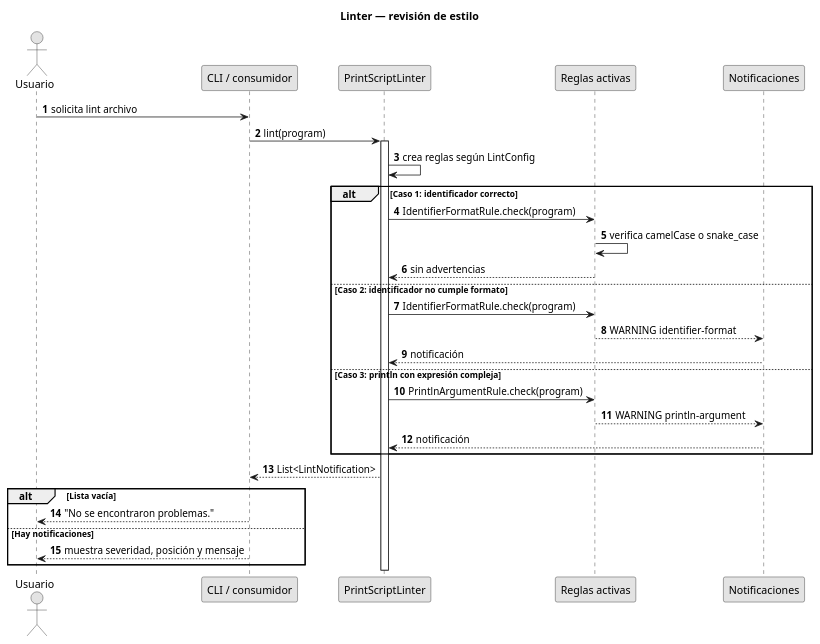
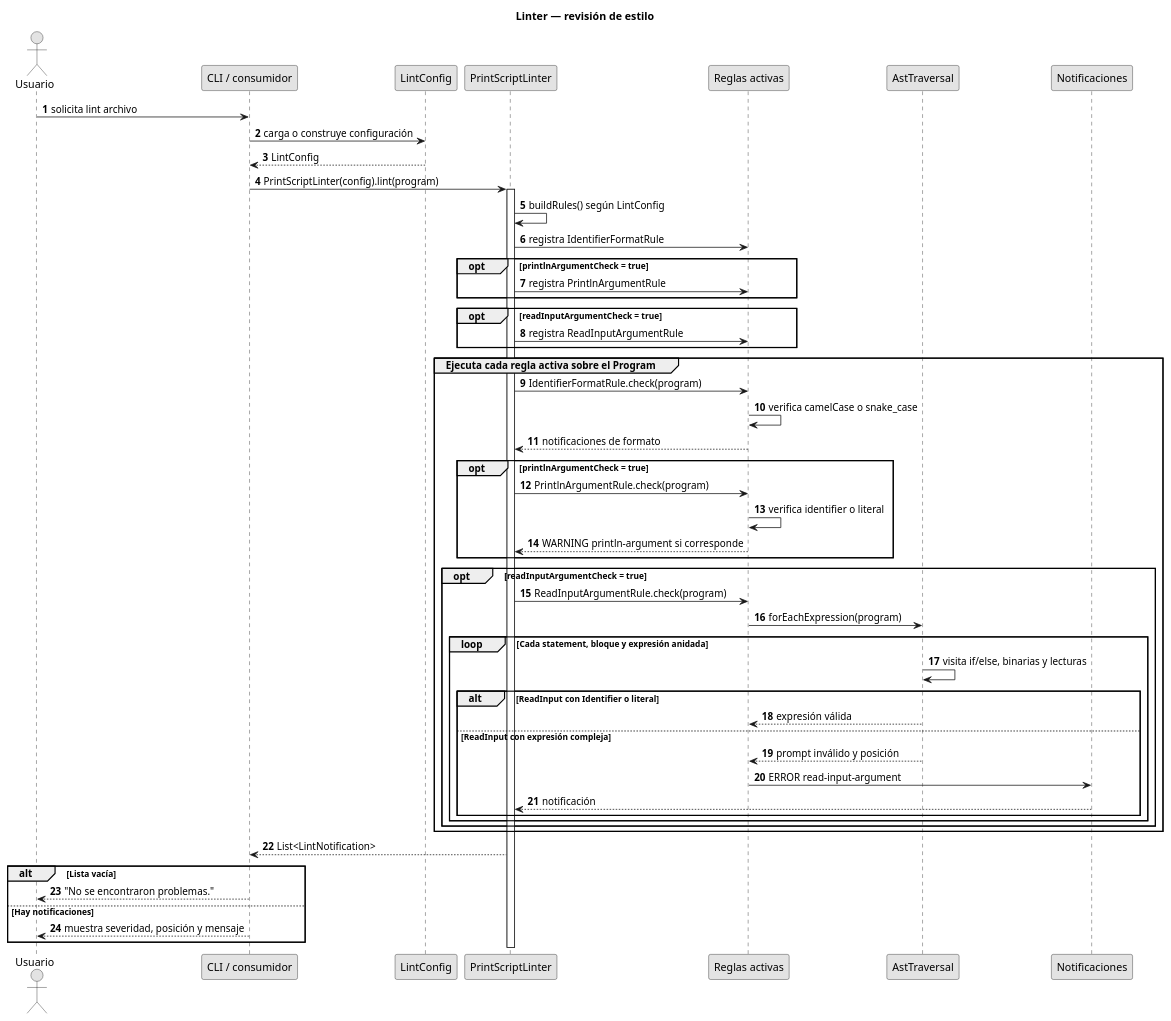
Before and after one commit to printScript-ingsis-vlt/print-script-ingsis: the diagram in docs/diagrams/linter-sequence.puml, drawn with PlantUML.

Commit message:
docs: Diagrama de secuencia actualizado

```diff
--- a/docs/diagrams/linter-sequence.puml
+++ b/docs/diagrams/linter-sequence.puml
@@ -1,42 +1,66 @@
 @startuml
 title Linter — revisión de estilo
 
 skinparam monochrome true
 skinparam shadowing false
 autonumber
 
 actor Usuario
 participant "CLI / consumidor" as Consumer
+participant "LintConfig" as Config
 participant "PrintScriptLinter" as Linter
 participant "Reglas activas" as Rules
+participant "AstTraversal" as Traversal
 participant "Notificaciones" as Output
 
 Usuario -> Consumer : solicita lint archivo
-Consumer -> Linter : lint(program)
+Consumer -> Config : carga o construye configuración
+Config --> Consumer : LintConfig
+Consumer -> Linter : PrintScriptLinter(config).lint(program)
 activate Linter
-Linter -> Linter : crea reglas según LintConfig
+Linter -> Linter : buildRules() según LintConfig
+Linter -> Rules : registra IdentifierFormatRule
 
-alt Caso 1: identificador correcto
+opt printlnArgumentCheck = true
+  Linter -> Rules : registra PrintlnArgumentRule
+end
+
+opt readInputArgumentCheck = true
+  Linter -> Rules : registra ReadInputArgumentRule
+end
+
+group Ejecuta cada regla activa sobre el Program
   Linter -> Rules : IdentifierFormatRule.check(program)
   Rules -> Rules : verifica camelCase o snake_case
-  Rules --> Linter : sin advertencias
+  Rules --> Linter : notificaciones de formato
 
-else Caso 2: identificador no cumple formato
-  Linter -> Rules : IdentifierFormatRule.check(program)
-  Rules --> Output : WARNING identifier-format
-  Output --> Linter : notificación
+opt printlnArgumentCheck = true
+  Linter -> Rules : PrintlnArgumentRule.check(program)
+  Rules -> Rules : verifica identifier o literal
+  Rules --> Linter : WARNING println-argument si corresponde
+end
 
-else Caso 3: println con expresión compleja
-  Linter -> Rules : PrintlnArgumentRule.check(program)
-  Rules --> Output : WARNING println-argument
-  Output --> Linter : notificación
+opt readInputArgumentCheck = true
+  Linter -> Rules : ReadInputArgumentRule.check(program)
+  Rules -> Traversal : forEachExpression(program)
+  loop Cada statement, bloque y expresión anidada
+    Traversal -> Traversal : visita if/else, binarias y lecturas
+    alt ReadInput con Identifier o literal
+      Traversal --> Rules : expresión válida
+    else ReadInput con expresión compleja
+      Traversal --> Rules : prompt inválido y posición
+      Rules -> Output : ERROR read-input-argument
+      Output --> Linter : notificación
+    end
+  end
+end
 end
 
 Linter --> Consumer : List<LintNotification>
 alt Lista vacía
   Consumer --> Usuario : "No se encontraron problemas."
 else Hay notificaciones
   Consumer --> Usuario : muestra severidad, posición y mensaje
 end
 deactivate Linter
 @enduml
```
